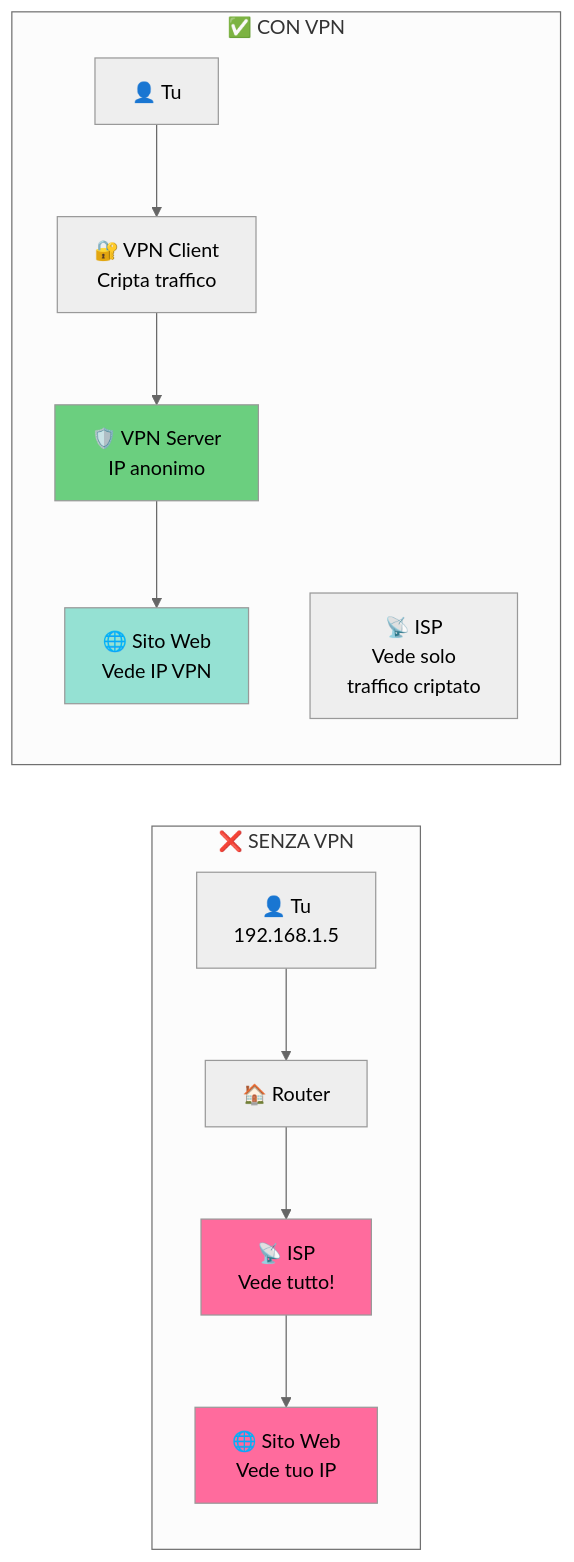
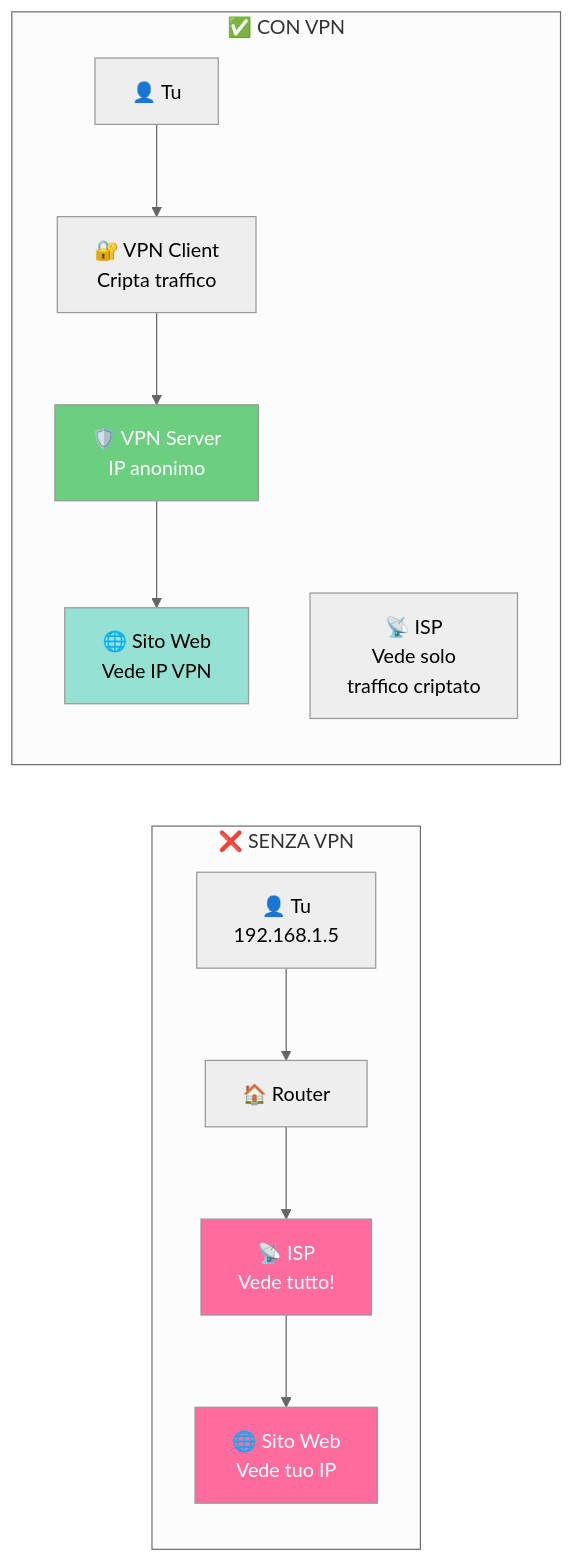
Before and after one commit to federicodiluca/federicodiluca.github.io: the diagram in src/content/blog/vpn-privacy-networking.md, drawn with Mermaid (neutral theme). The commit also changed 9 other files, not shown here.

First line of the commit message:
fix: improve Mermaid diagram text colors for accessibility

````diff
--- a/src/content/blog/vpn-privacy-networking.md
+++ b/src/content/blog/vpn-privacy-networking.md
@@ -13,20 +13,20 @@
 ```mermaid
 graph LR
     subgraph without["❌ SENZA VPN"]
         A["👤 Tu<br/>192.168.1.5"] --> B["🏠 Router"]
         B --> C["📡 ISP<br/>Vede tutto!"]
         C --> D["🌐 Sito Web<br/>Vede tuo IP"]
     end
     
     subgraph with["✅ CON VPN"]
         E["👤 Tu"] --> F["🔐 VPN Client<br/>Cripta traffico"]
         F --> G["🛡️ VPN Server<br/>IP anonimo"]
         G --> H["🌐 Sito Web<br/>Vede IP VPN"]
         I["📡 ISP<br/>Vede solo<br/>traffico criptato"]
     end
     
-    style C fill:#ff6b9d
-    style D fill:#ff6b9d
-    style G fill:#6bcf7f
-    style H fill:#95e1d3
+    style C fill:#ff6b9d,color:#fff
+    style D fill:#ff6b9d,color:#fff
+    style G fill:#6bcf7f,color:#fff
+    style H fill:#95e1d3,color:#000
 ```
````
